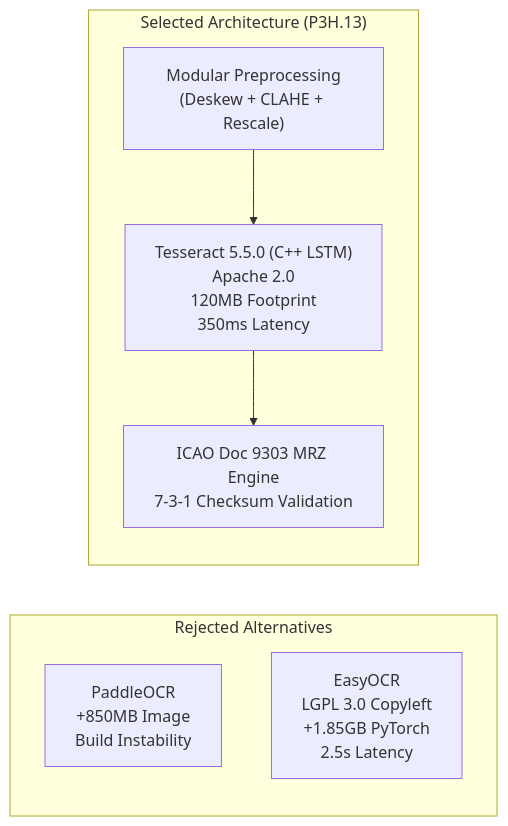
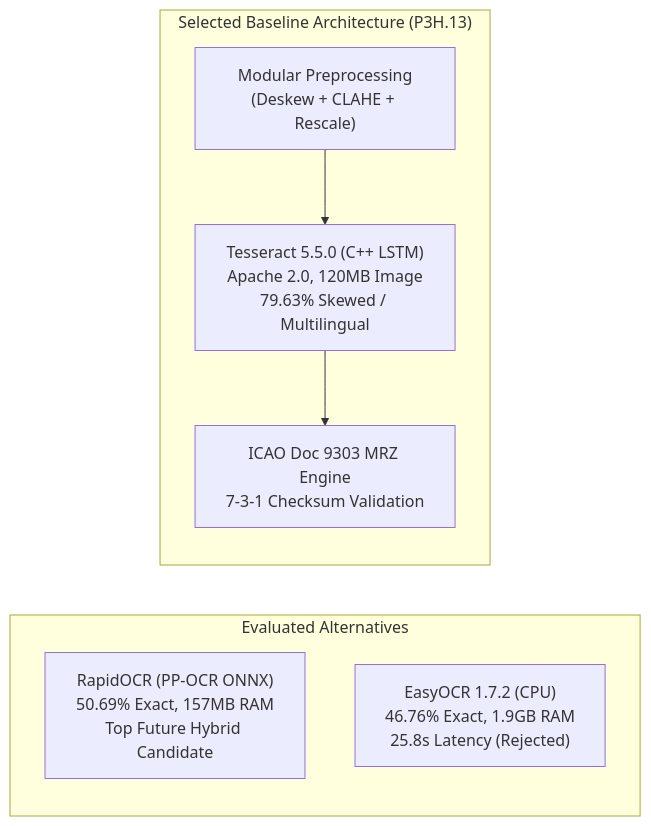
The diagram in docs/P3H13_OCR_ENGINE_COMPARISON.md (Ajay-4772/convelina), drawn with Mermaid before and after one commit. The commit also changed other lines of this file and 19 other files, not shown here.

````diff
--- a/docs/P3H13_OCR_ENGINE_COMPARISON.md
+++ b/docs/P3H13_OCR_ENGINE_COMPARISON.md
@@ -71,14 +73,14 @@
 ```mermaid
 graph LR
-    subgraph "Rejected Alternatives"
-        A["PaddleOCR<br/>+850MB Image<br/>Build Instability"]
-        B["EasyOCR<br/>LGPL 3.0 Copyleft<br/>+1.85GB PyTorch<br/>2.5s Latency"]
+    subgraph "Evaluated Alternatives"
+        A["RapidOCR (PP-OCR ONNX)<br/>50.69% Exact, 157MB RAM<br/>Top Future Hybrid Candidate"]
+        B["EasyOCR 1.7.2 (CPU)<br/>46.76% Exact, 1.9GB RAM<br/>25.8s Latency (Rejected)"]
     end
-    subgraph "Selected Architecture (P3H.13)"
+    subgraph "Selected Baseline Architecture (P3H.13)"
         C["Modular Preprocessing<br/>(Deskew + CLAHE + Rescale)"]
-        D["Tesseract 5.5.0 (C++ LSTM)<br/>Apache 2.0<br/>120MB Footprint<br/>350ms Latency"]
+        D["Tesseract 5.5.0 (C++ LSTM)<br/>Apache 2.0, 120MB Image<br/>79.63% Skewed / Multilingual"]
         E["ICAO Doc 9303 MRZ Engine<br/>7-3-1 Checksum Validation"]
         C --> D
         D --> E
     end
 ```
````
